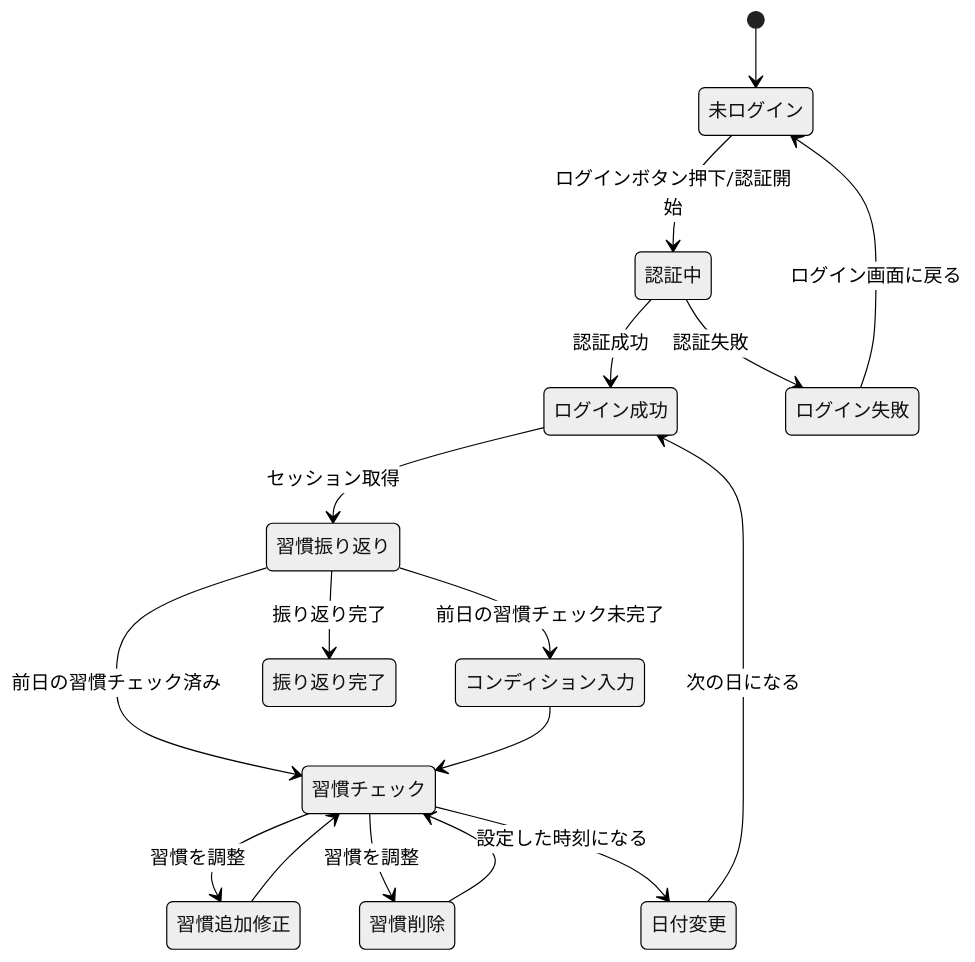
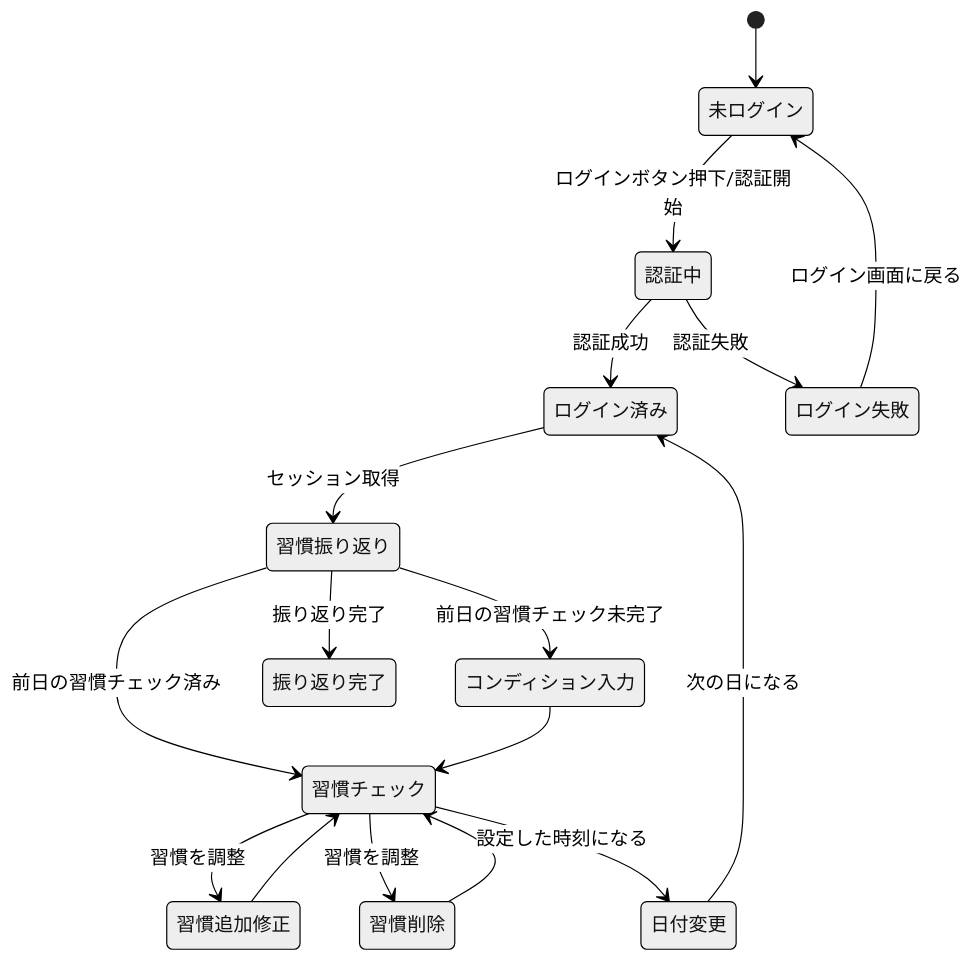
The diagram in docs/state.md (Moku3956/daily-routine), drawn with Mermaid (neutral theme) before and after one commit.

Commit message:
Potential fix for pull request finding

````diff
--- a/docs/state.md
+++ b/docs/state.md
@@ -3,19 +3,19 @@
 ```mermaid
 stateDiagram-v2
     [*] --> 未ログイン
     未ログイン --> 認証中 : ログインボタン押下/認証開始
-    認証中 --> ログイン成功 : 認証成功
+    認証中 --> ログイン済み : 認証成功
     認証中 --> ログイン失敗 : 認証失敗
     ログイン失敗 --> 未ログイン : ログイン画面に戻る
-    ログイン成功 --> 習慣振り返り : セッション取得
+    ログイン済み --> 習慣振り返り : セッション取得
     習慣振り返り --> コンディション入力 : 前日の習慣チェック未完了
     習慣振り返り --> 習慣チェック : 前日の習慣チェック済み
     習慣振り返り --> 振り返り完了 : 振り返り完了
     コンディション入力 --> 習慣チェック
     習慣チェック --> 習慣追加修正 : 習慣を調整
     習慣チェック --> 習慣削除 : 習慣を調整
     習慣追加修正 --> 習慣チェック
     習慣削除 --> 習慣チェック
     習慣チェック --> 日付変更 : 設定した時刻になる
-    日付変更 --> ログイン成功 : 次の日になる
+    日付変更 --> ログイン済み : 次の日になる
 ```
````
